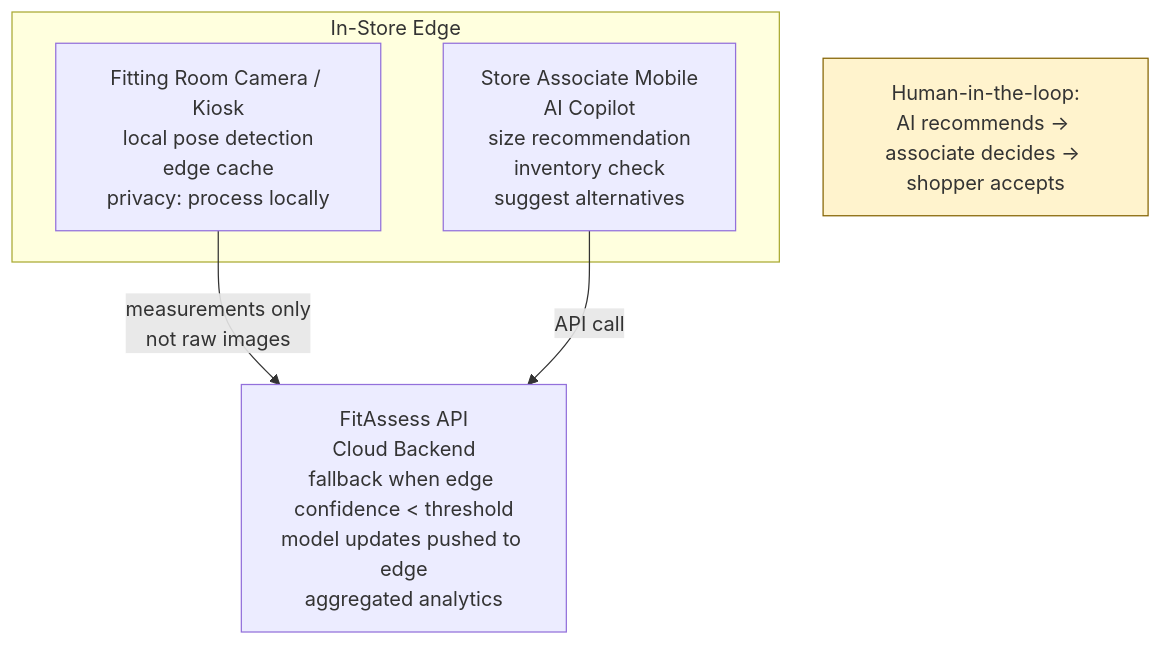
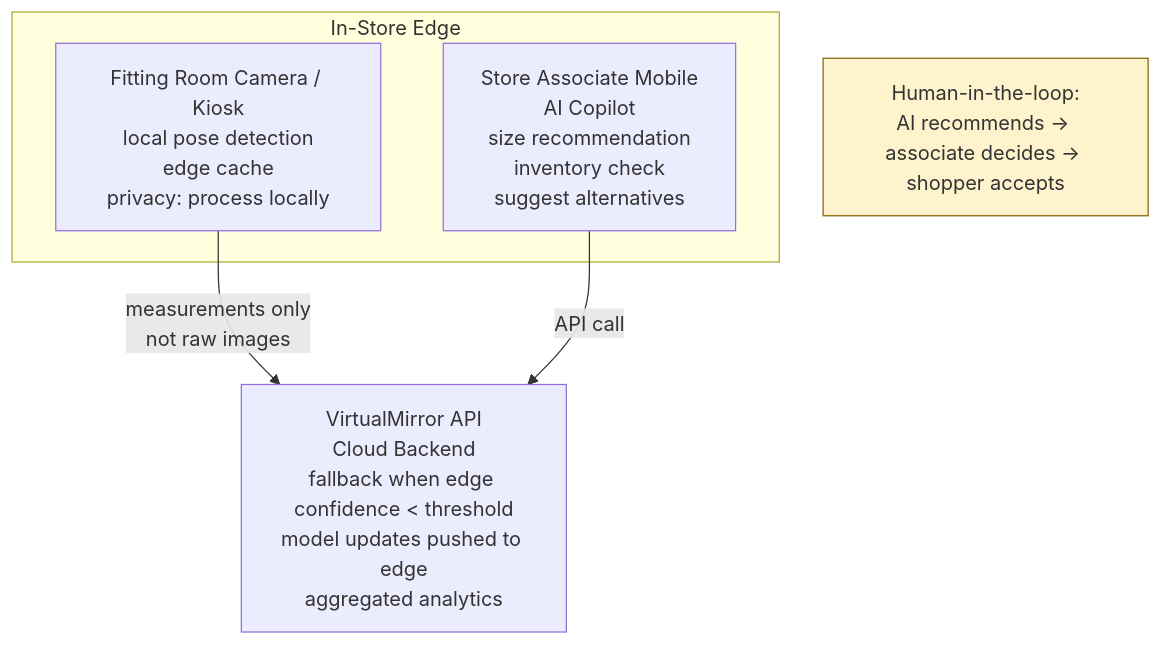
One commit to akhayash/RetailTeam-workshop changed the tenth of 12 diagrams in docs/architecture/diagrams-mermaid.md. Above: the diagram before and after it, drawn with Mermaid. The commit also changed other lines of this file and 14 other files, not shown here.

First line of the commit message:
docs: rename FitAssess to VirtualMirror across all project docs

````diff
--- a/docs/architecture/diagrams-mermaid.md
+++ b/docs/architecture/diagrams-mermaid.md
@@ -427,16 +427,16 @@
 ```mermaid
 graph TB
     subgraph In-Store Edge
         Kiosk[Fitting Room Camera / Kiosk<br/>local pose detection<br/>edge cache<br/>privacy: process locally]
         Associate[Store Associate Mobile<br/>AI Copilot<br/>size recommendation<br/>inventory check<br/>suggest alternatives]
     end
 
-    API[FitAssess API<br/>Cloud Backend<br/>fallback when edge confidence < threshold<br/>model updates pushed to edge<br/>aggregated analytics]
+    API[VirtualMirror API<br/>Cloud Backend<br/>fallback when edge confidence < threshold<br/>model updates pushed to edge<br/>aggregated analytics]
 
     Kiosk -->|measurements only<br/>not raw images| API
     Associate -->|API call| API
 
     Note[Human-in-the-loop:<br/>AI recommends → associate decides → shopper accepts]
 
     style Note fill:#fff3cd,stroke:#856404
 ```
````
